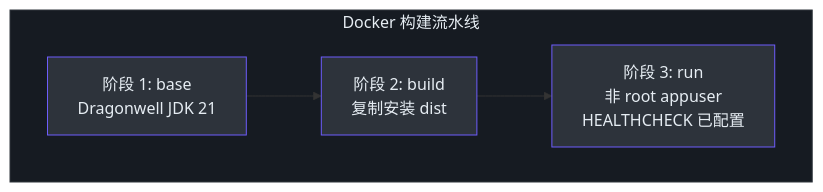
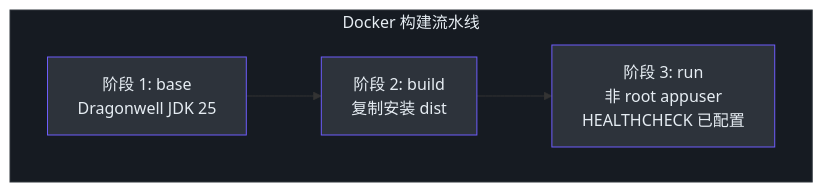
One commit to Ahoo-Wang/CoSky changed the first of 4 diagrams in wiki/zh/guide/deployment-docker.md. Above: the diagram before and after it, drawn with Mermaid. The commit also changed other lines of this file and 31 other files, not shown here.

````diff
--- a/wiki/zh/guide/deployment-docker.md
+++ b/wiki/zh/guide/deployment-docker.md
@@ -41,14 +41,14 @@
 ```mermaid
 flowchart TB
     subgraph docker_build["Docker 构建流水线"]
         style docker_build fill:#161b22,stroke:#30363d,color:#e6edf3
-        B1["阶段 1: base<br>Dragonwell JDK 21"] --> B2["阶段 2: build<br>复制安装 dist"]
+        B1["阶段 1: base<br>Dragonwell JDK 25"] --> B2["阶段 2: build<br>复制安装 dist"]
         B2 --> B3["阶段 3: run<br>非 root appuser<br>HEALTHCHECK 已配置"]
     end
 
     B1:::node
     B2:::node
     B3:::node
 
     classDef node fill:#2d333b,stroke:#6d5dfc,color:#e6edf3
 ```
````
